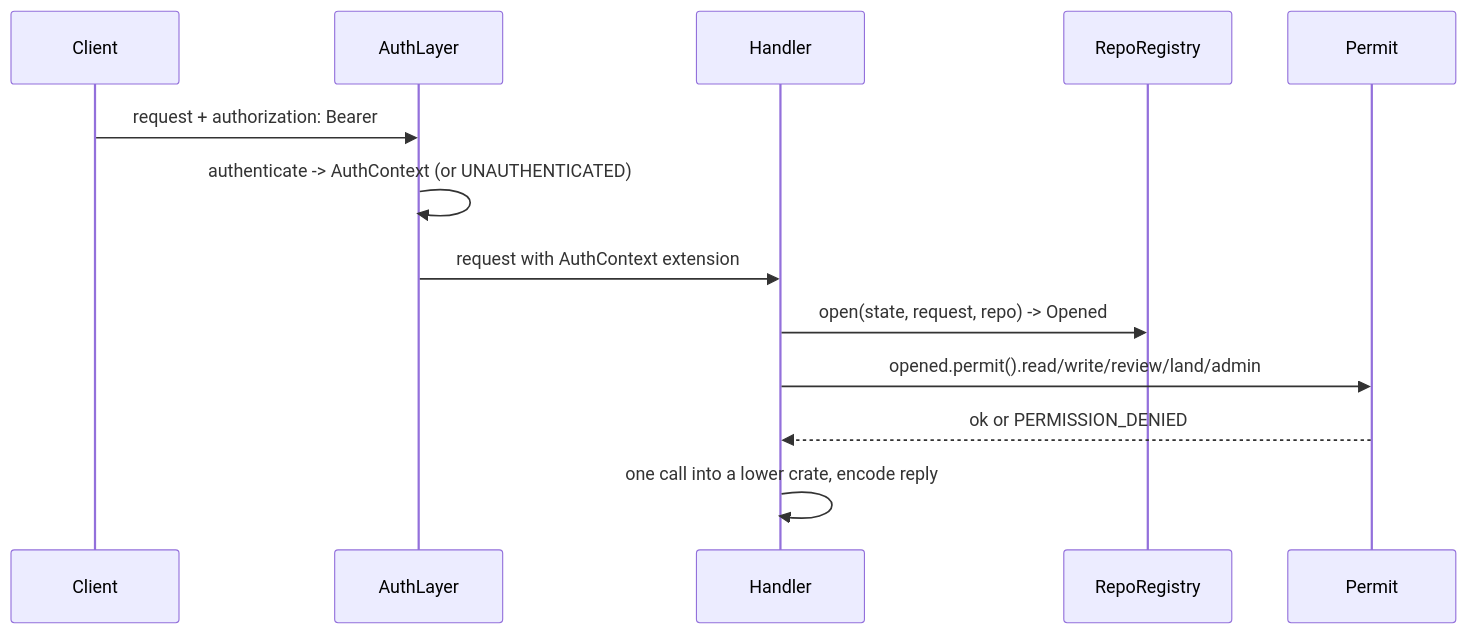
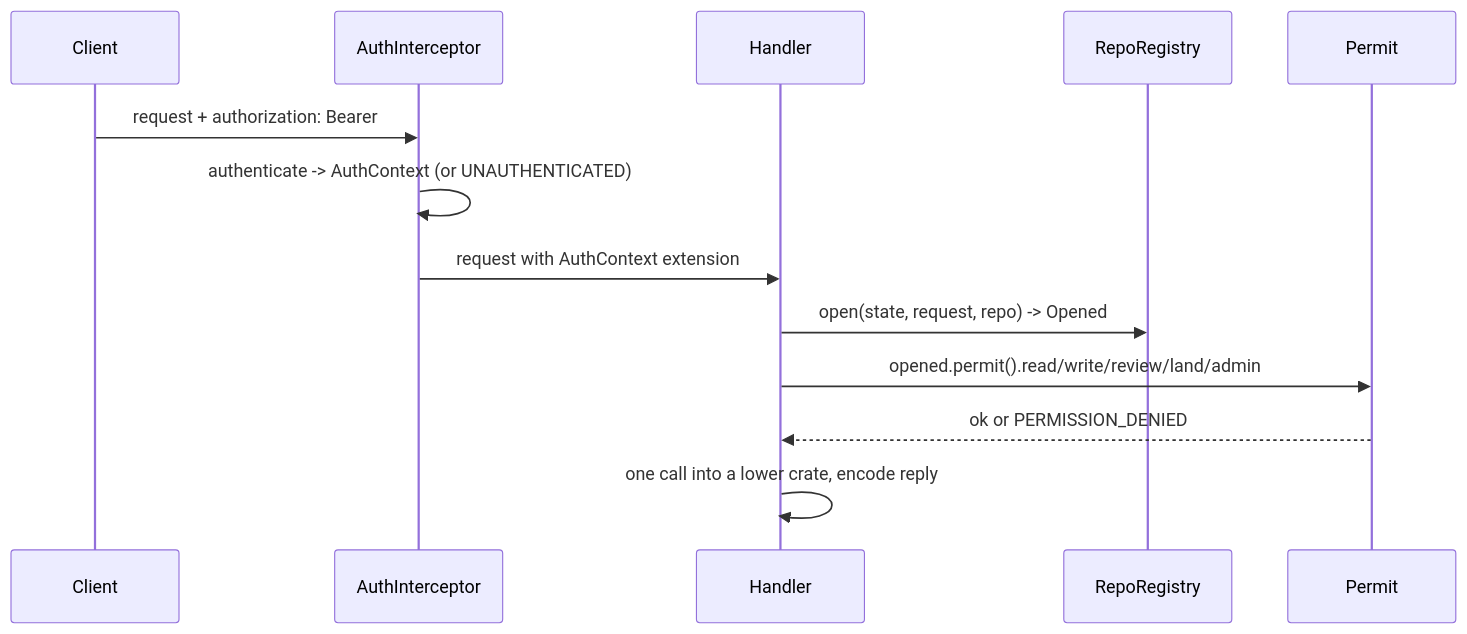
One commit to envoy1084/rill changed the second of 2 diagrams in architecture/07-runtime/server.md. Above: the diagram before and after it, drawn with Mermaid. The commit also changed other lines of this file and 214 other files, not shown here.

````diff
--- a/architecture/07-runtime/server.md
+++ b/architecture/07-runtime/server.md
@@ -61,15 +62,15 @@
 ```mermaid
 sequenceDiagram
     participant C as Client
-    participant A as AuthLayer
+    participant A as AuthInterceptor
     participant H as Handler
     participant R as RepoRegistry
     participant P as Permit
     C->>A: request + authorization: Bearer
     A->>A: authenticate -> AuthContext (or UNAUTHENTICATED)
     A->>H: request with AuthContext extension
     H->>R: open(state, request, repo) -> Opened
     H->>P: opened.permit().read/write/review/land/admin
     P-->>H: ok or PERMISSION_DENIED
     H->>H: one call into a lower crate, encode reply
 ```
````
